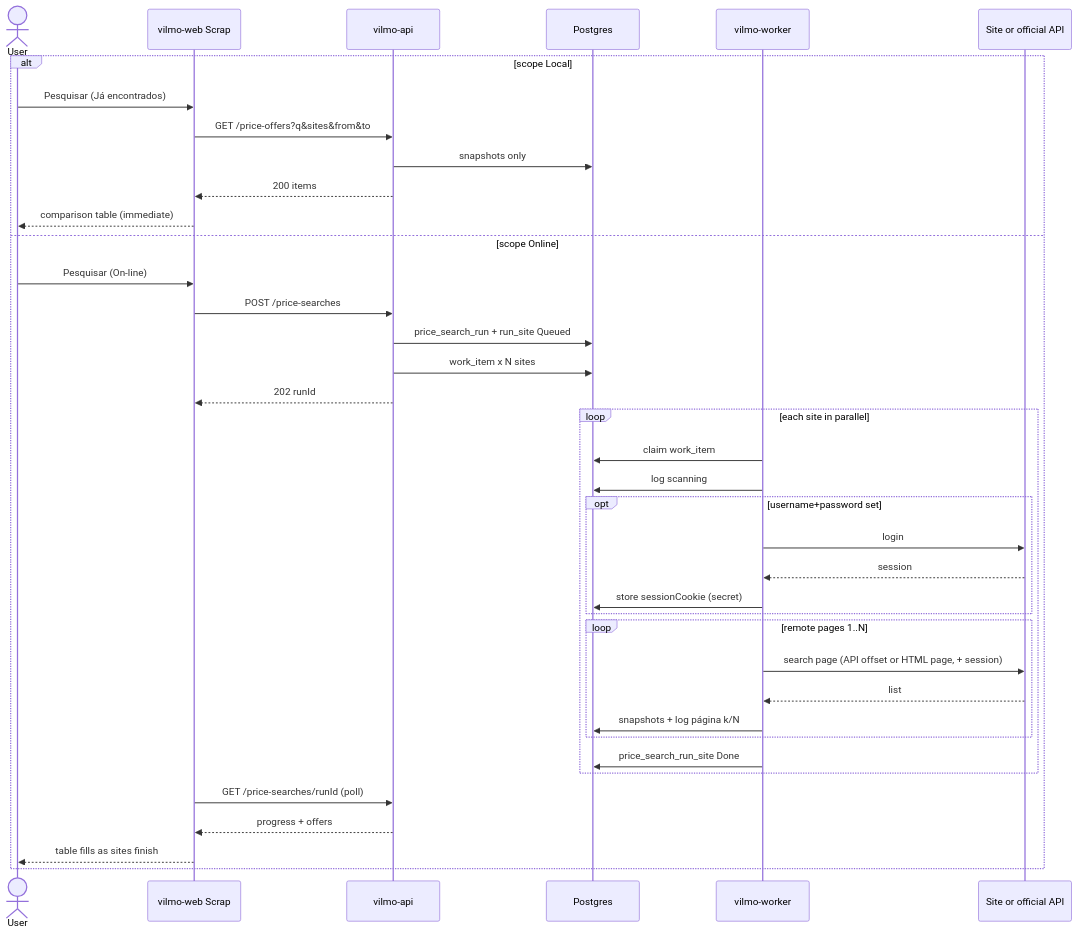
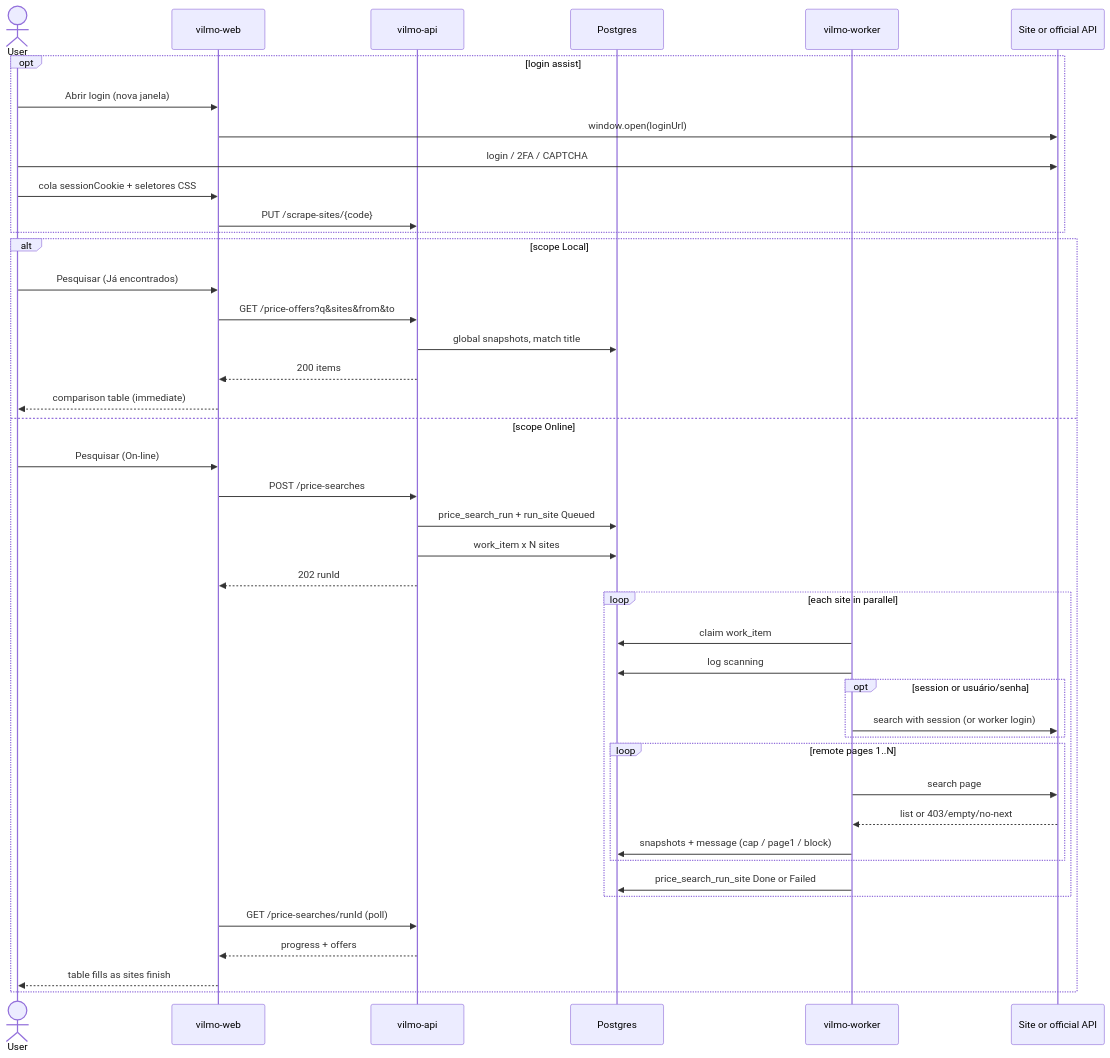
Before and after one commit to andrevilmo/VilmoMarketingEngine: the diagram in MD/PRICE_SEARCH.md, drawn with Mermaid. The commit also changed other lines of this file, not shown here.

First line of the commit message:
docs(price-search): CSS fields, login page, global snapshots, messages

````diff
--- a/MD/PRICE_SEARCH.md
+++ b/MD/PRICE_SEARCH.md
@@ -325,41 +355,47 @@
 ```mermaid
 sequenceDiagram
   actor User
-  participant Web as vilmo-web Scrap
+  participant Web as vilmo-web
   participant Api as vilmo-api
   participant Db as Postgres
   participant W as vilmo-worker
   participant Site as Site or official API
 
+  opt login assist
+    User->>Web: Abrir login (nova janela)
+    Web->>Site: window.open(loginUrl)
+    User->>Site: login / 2FA / CAPTCHA
+    User->>Web: cola sessionCookie + seletores CSS
+    Web->>Api: PUT /scrape-sites/{code}
+  end
+
   alt scope Local
     User->>Web: Pesquisar (Já encontrados)
     Web->>Api: GET /price-offers?q&sites&from&to
-    Api->>Db: snapshots only
+    Api->>Db: global snapshots, match title
     Api-->>Web: 200 items
     Web-->>User: comparison table (immediate)
   else scope Online
     User->>Web: Pesquisar (On-line)
     Web->>Api: POST /price-searches
     Api->>Db: price_search_run + run_site Queued
     Api->>Db: work_item x N sites
     Api-->>Web: 202 runId
     loop each site in parallel
       W->>Db: claim work_item
       W->>Db: log scanning
-      opt username+password set
-        W->>Site: login
-        Site-->>W: session
-        W->>Db: store sessionCookie (secret)
+      opt session or usuário/senha
+        W->>Site: search with session (or worker login)
       end
       loop remote pages 1..N
-        W->>Site: search page (API offset or HTML page, + session)
-        Site-->>W: list
-        W->>Db: snapshots + log página k/N
+        W->>Site: search page
+        Site-->>W: list or 403/empty/no-next
+        W->>Db: snapshots + message (cap / page1 / block)
       end
-      W->>Db: price_search_run_site Done
+      W->>Db: price_search_run_site Done or Failed
     end
     Web->>Api: GET /price-searches/runId (poll)
     Api-->>Web: progress + offers
     Web-->>User: table fills as sites finish
   end
 ```
````
